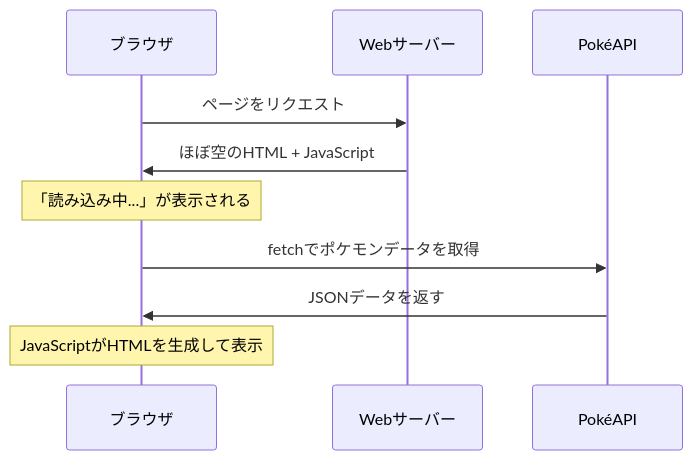
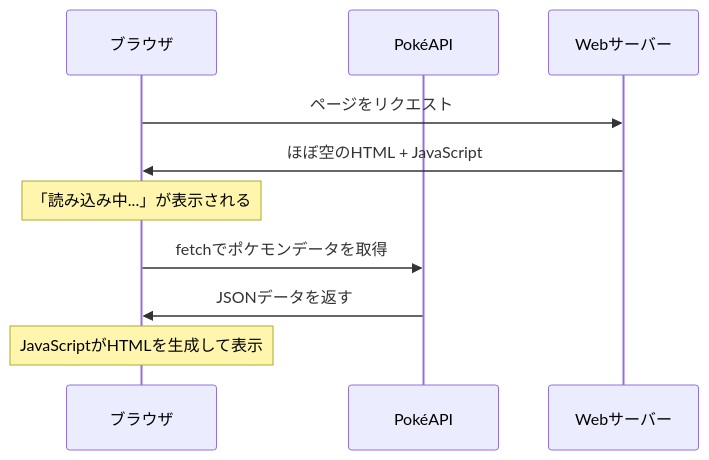
The sixth of 8 diagrams in vol_05/workshop_session5_article.md (hrkd/web-frontend-workshop), drawn with Mermaid before and after one commit. The commit also changed other lines of this file and 3 other files, not shown here.

````diff
--- a/vol_05/workshop_session5_article.md
+++ b/vol_05/workshop_session5_article.md
@@ -354,13 +358,13 @@
 ```mermaid
 sequenceDiagram
     participant Browser as ブラウザ
+    participant API as PokéAPI
     participant Server as Webサーバー
-    participant API as PokéAPI
 
     Browser->>Server: ページをリクエスト
     Server->>Browser: ほぼ空のHTML + JavaScript
     Note over Browser: 「読み込み中...」が表示される
     Browser->>API: fetchでポケモンデータを取得
     API->>Browser: JSONデータを返す
     Note over Browser: JavaScriptがHTMLを生成して表示
 ```
````
